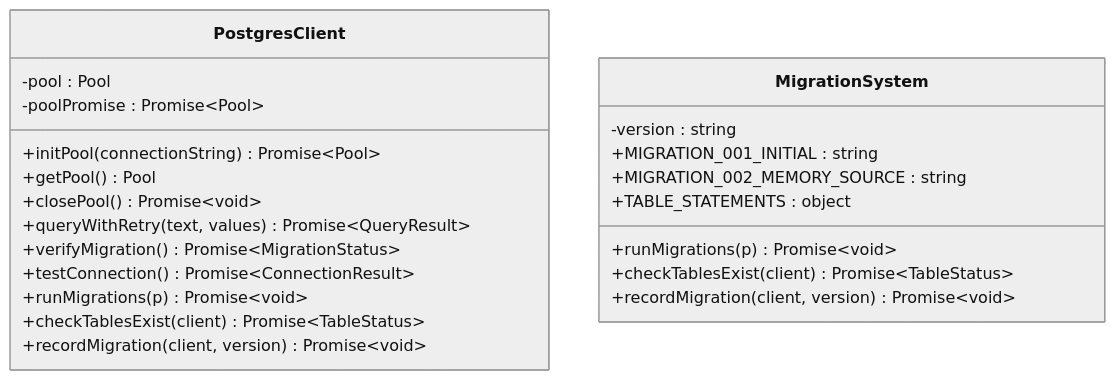
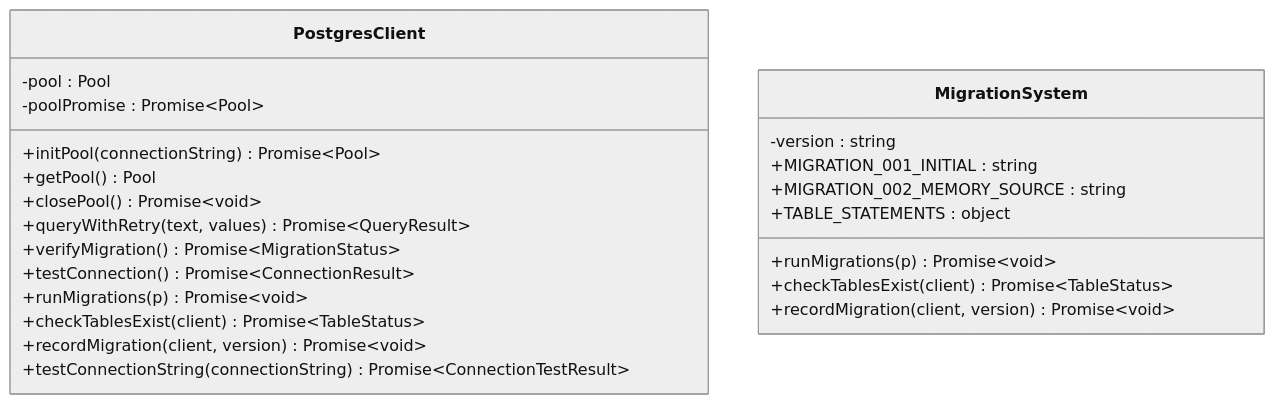
Before and after one commit to bramburn/repomix-runner: the third of 3 diagrams in .qoder/repowiki/en/content/Storage System/Storage System.md, drawn with Mermaid (neutral theme). The commit also changed other lines of this file and 14 other files, not shown here.

````diff
--- a/.qoder/repowiki/en/content/Storage System/Storage System.md
+++ b/.qoder/repowiki/en/content/Storage System/Storage System.md
@@ -266,25 +289,26 @@
 ```mermaid
 classDiagram
 class PostgresClient {
 -pool : Pool
 -poolPromise : Promise~Pool~
 +initPool(connectionString) Promise~Pool~
 +getPool() Pool
 +closePool() Promise~void~
 +queryWithRetry(text, values) Promise~QueryResult~
 +verifyMigration() Promise~MigrationStatus~
 +testConnection() Promise~ConnectionResult~
 +runMigrations(p) Promise~void~
 +checkTablesExist(client) Promise~TableStatus~
 +recordMigration(client, version) Promise~void~
++testConnectionString(connectionString) Promise~ConnectionTestResult~
 }
 class MigrationSystem {
 -version : string
 +MIGRATION_001_INITIAL : string
 +MIGRATION_002_MEMORY_SOURCE : string
 +TABLE_STATEMENTS : object
 +runMigrations(p) Promise~void~
 +checkTablesExist(client) Promise~TableStatus~
 +recordMigration(client, version) Promise~void~
 }
 ```
````
